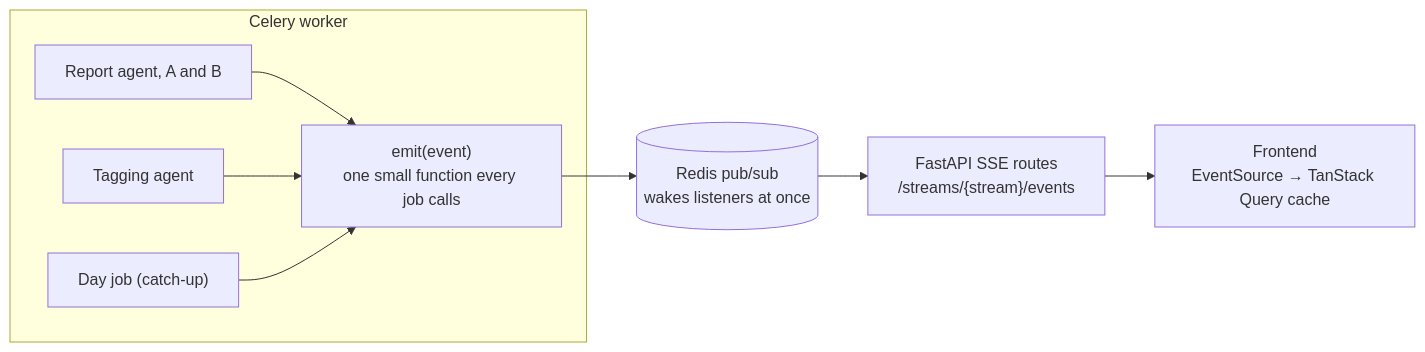
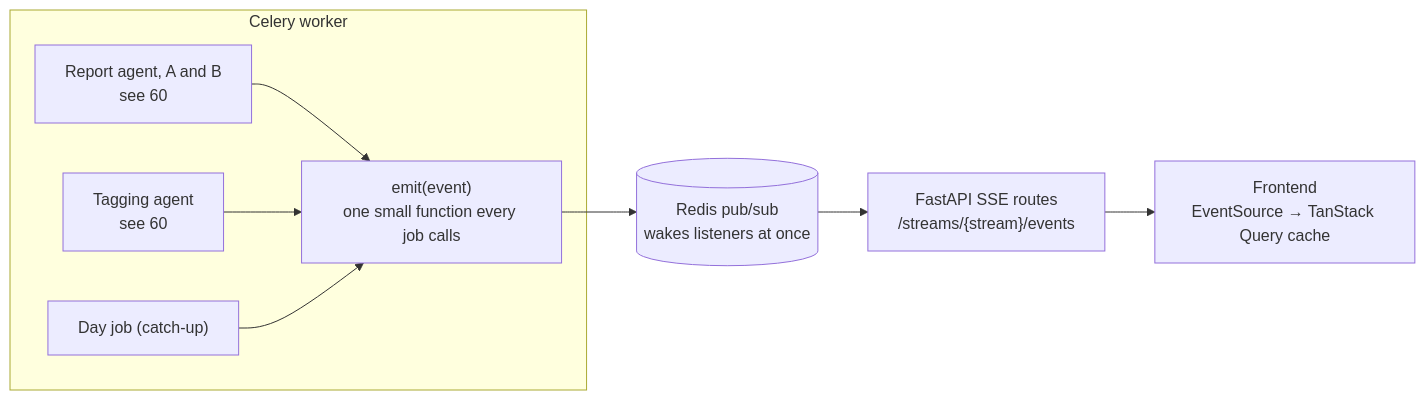
One commit to brianaderer/transcendent changed the diagram in docs/atlas/40-backend/41-live-events.md. Above: the diagram before and after it, drawn with Mermaid. The commit also changed 3 other files, not shown here.

````diff
--- a/docs/atlas/40-backend/41-live-events.md
+++ b/docs/atlas/40-backend/41-live-events.md
@@ -10,19 +10,19 @@
 ```mermaid
 flowchart LR
     subgraph WORKER["Celery worker"]
-        REP["Report agent, A and B"]
-        TAG["Tagging agent"]
+        REP["Report agent, A and B<br/>see 60"]
+        TAG["Tagging agent<br/>see 60"]
         DAY["Day job (catch-up)"]
         EMIT["emit(event)<br/>one small function every job calls"]
         REP --> EMIT
         TAG --> EMIT
         DAY --> EMIT
     end
     PUB[("Redis pub/sub<br/>wakes listeners at once")]
     SSE["FastAPI SSE routes<br/>/streams/{stream}/events"]
     FE["Frontend<br/>EventSource → TanStack Query cache"]
 
     EMIT --> PUB
     PUB --> SSE
     SSE --> FE
 ```
````
